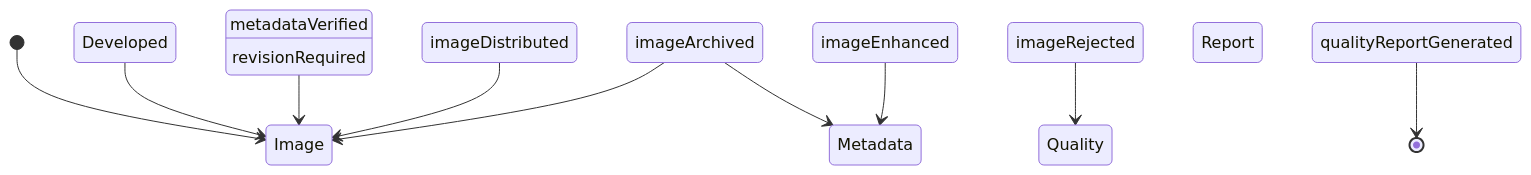
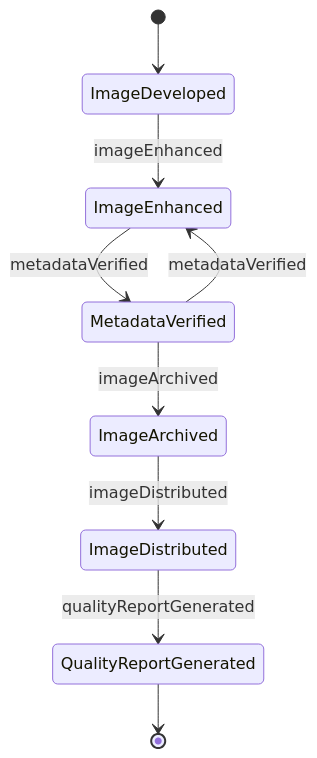
Before and after one commit to dot-org-ai/tasks.org.ai: the second of 4 diagrams in ControllingMachinesAndProcesses/OperateMedicalEquipment/ProcessX-raysMedicalImages.mdx, drawn with Mermaid. The commit also changed other lines of this file and 515 other files, not shown here.

````diff
--- a/ControllingMachinesAndProcesses/OperateMedicalEquipment/ProcessX-raysMedicalImages.mdx
+++ b/ControllingMachinesAndProcesses/OperateMedicalEquipment/ProcessX-raysMedicalImages.mdx
@@ -98,12 +98,11 @@
 ```mermaid
 stateDiagram-v2
-    [*] --> Image Developed
-    Image Developed --> Image Enhanced : imageEnhanced
-    Image Enhanced --> Metadata Verified : metadataVerified
-    Metadata Verified --> Image Archived : imageArchived
-    Image Archived --> Image Distributed : imageDistributed
-    Image Distributed --> Image Rejected : imageRejected
-    Image Rejected --> Quality Report Generated : qualityReportGenerated
-    Image Archived --> Metadata Verified : revisionRequired
-    Quality Report Generated --> [*]
+    [*] --> ImageDeveloped
+    ImageDeveloped --> ImageEnhanced : imageEnhanced
+    ImageEnhanced --> MetadataVerified : metadataVerified
+    MetadataVerified --> ImageArchived : imageArchived
+    ImageArchived --> ImageDistributed : imageDistributed
+    ImageDistributed --> QualityReportGenerated : qualityReportGenerated
+    MetadataVerified --> ImageEnhanced : metadataVerified
+    QualityReportGenerated --> [*]
 ```
````
